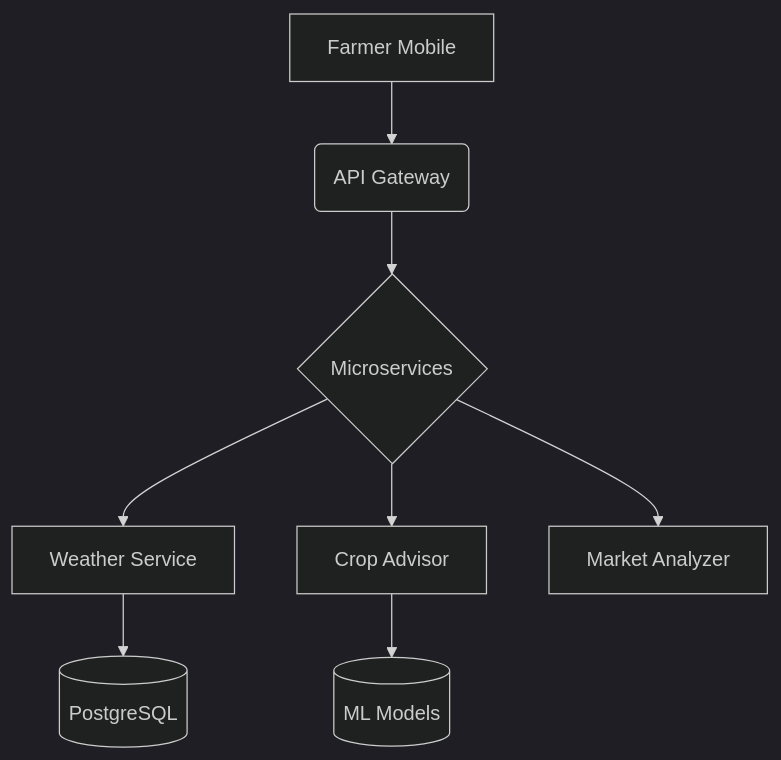
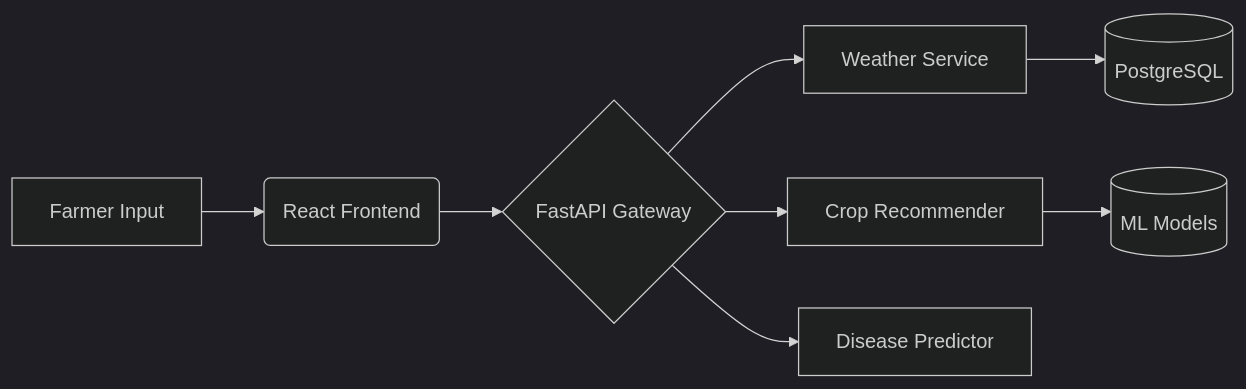
The diagram in HACKATHON/README.md (TechVesrse-CT-University/ThePlutoDestroyer), drawn with Mermaid (dark theme) before and after one commit. The commit also changed other lines of this file, not shown here.

````diff
--- a/HACKATHON/README.md
+++ b/HACKATHON/README.md
@@ -59,10 +71,10 @@
 ```mermaid
-graph TD
-  A[Farmer Mobile] --> B(API Gateway)
-  B --> C{Microservices}
+graph LR
+  A[Farmer Input] --> B(React Frontend)
+  B --> C{FastAPI Gateway}
   C --> D[Weather Service]
-  C --> E[Crop Advisor]
-  C --> F[Market Analyzer]
+  C --> E[Crop Recommender]
+  C --> F[Disease Predictor]
   D --> G[(PostgreSQL)]
   E --> H[(ML Models)]
 ```
````
